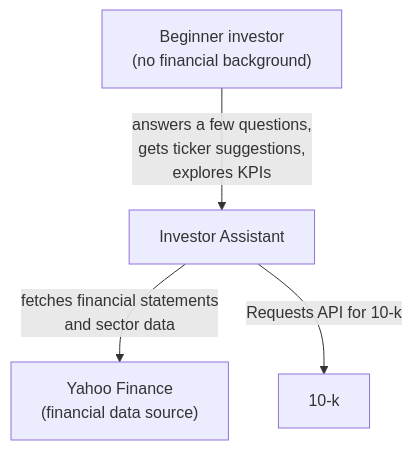
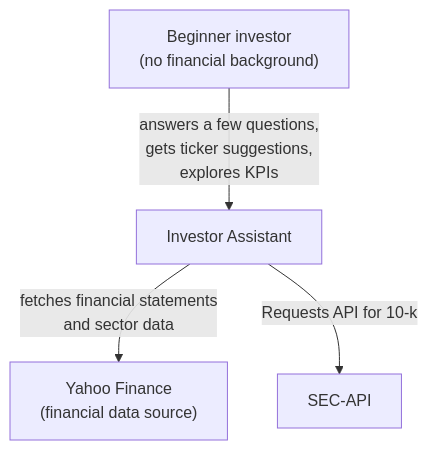
The first of 2 diagrams in docs/architecture.md (bete17/Investor-Assistant), drawn with Mermaid before and after one commit.

Commit message:
Update SEC-API label in architecture diagram

````diff
--- a/docs/architecture.md
+++ b/docs/architecture.md
@@ -12,11 +12,11 @@
 ```mermaid
 graph TD
     User["Beginner investor<br/>(no financial background)"]
     App["Investor Assistant"]
     Yahoo["Yahoo Finance<br/>(financial data source)"]
-    SEC-API["10-k"]
+    SEC-API["SEC-API"]
 
     User -- "answers a few questions,<br/>gets ticker suggestions,<br/>explores KPIs" --> App
     App -- "fetches financial statements<br/>and sector data" --> Yahoo
     App -- "Requests API for 10-k" --> SEC-API
 ```
````
